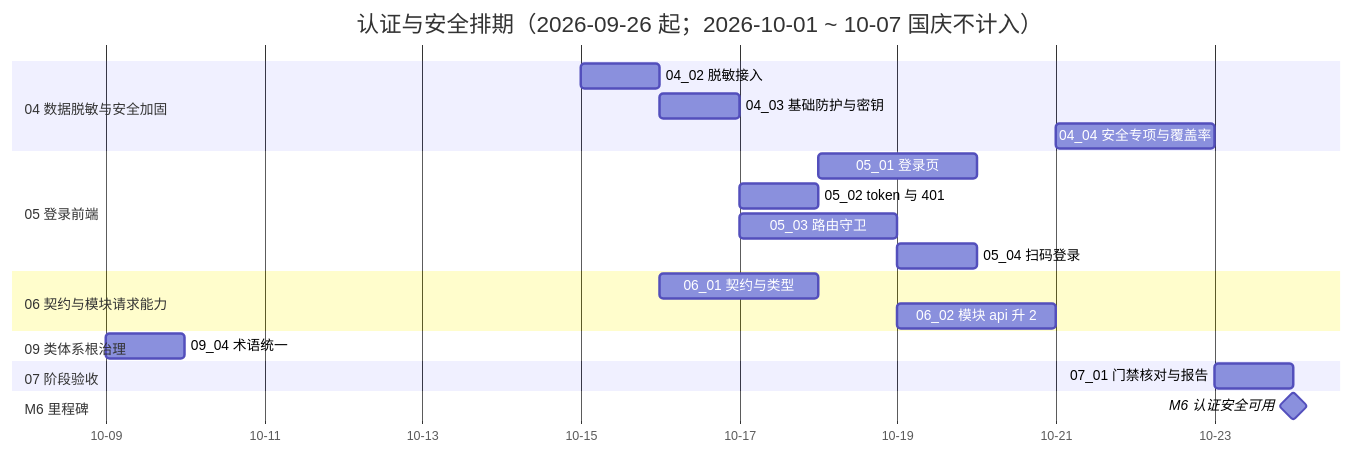
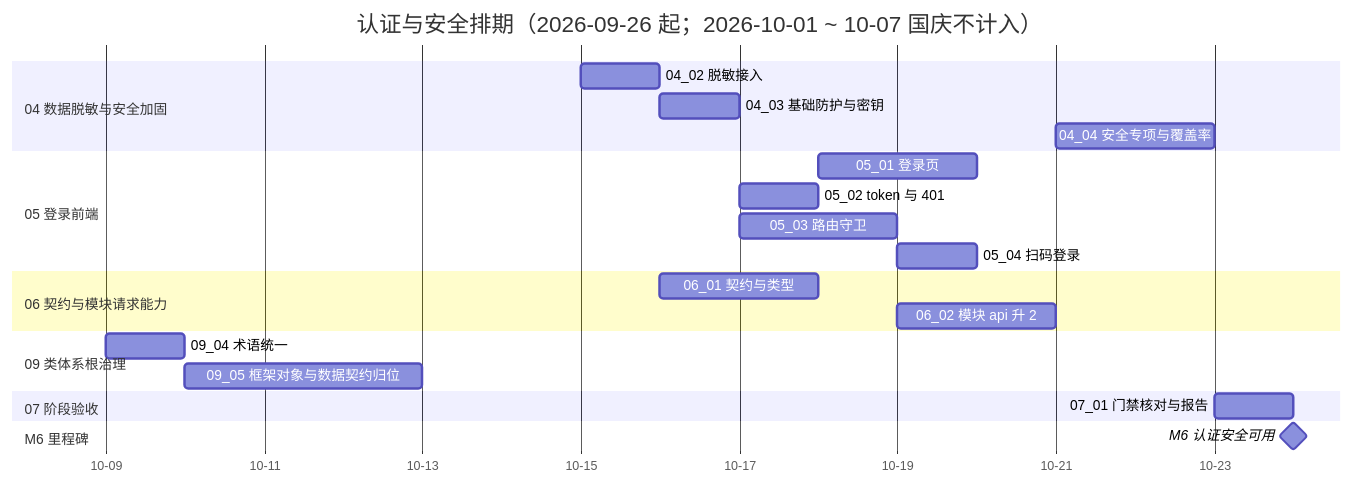
The diagram in bms文档/项目/06_认证与安全/计划/01_计划_认证与安全.md (minjian123/basic-management-system), drawn with Mermaid before and after one commit. The commit also changed other lines of this file and 3 other files, not shown here.

````diff
--- a/bms文档/项目/06_认证与安全/计划/01_计划_认证与安全.md
+++ b/bms文档/项目/06_认证与安全/计划/01_计划_认证与安全.md
@@ -66,24 +67,25 @@
 ```mermaid
 gantt
     title 认证与安全排期（2026-09-26 起；2026-10-01 ~ 10-07 国庆不计入）
     dateFormat  YYYY-MM-DD
     axisFormat %m-%d
     section 04 数据脱敏与安全加固
     04_02 脱敏接入 :d2, 2026-10-15, 1d
     04_03 基础防护与密钥 :d3, 2026-10-16, 1d
     04_04 安全专项与覆盖率 :d4, 2026-10-21, 2d
     section 05 登录前端
     05_01 登录页 :e1, 2026-10-18, 2d
     05_02 token 与 401 :e2, 2026-10-17, 1d
     05_03 路由守卫 :e3, 2026-10-17, 2d
     05_04 扫码登录 :e4, 2026-10-19, 1d
     section 06 契约与模块请求能力
     06_01 契约与类型 :f1, 2026-10-16, 2d
     06_02 模块 api 升 2 :f2, 2026-10-19, 2d
     section 09 类体系根治理
     09_04 术语统一 :h2, 2026-10-09, 1d
+    09_05 框架对象与数据契约归位 :h3, 2026-10-10, 3d
     section 07 阶段验收
     07_01 门禁核对与报告 :g1, 2026-10-23, 1d
     section M6 里程碑
     M6 认证安全可用 :milestone, mm6, 2026-10-24, 0d
 ```
````
